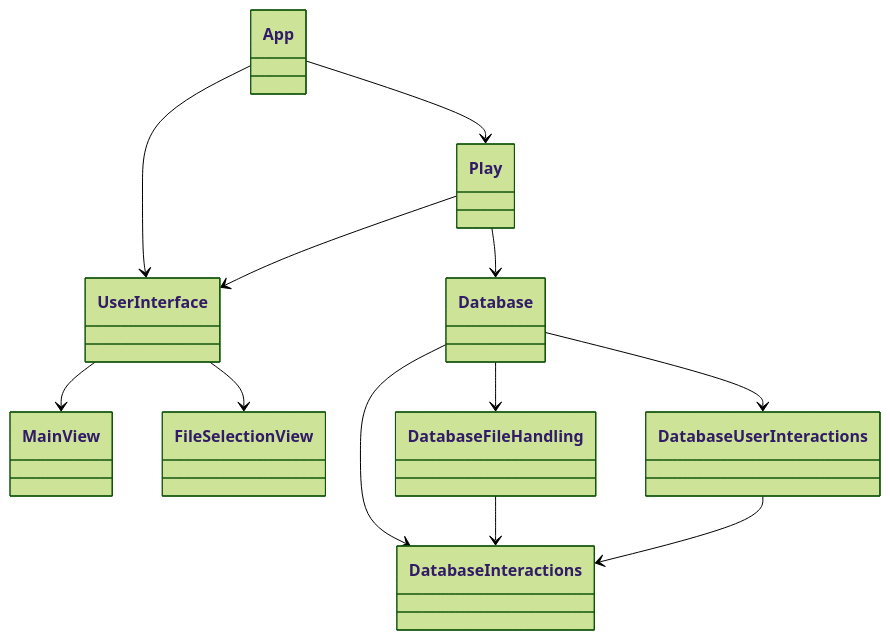
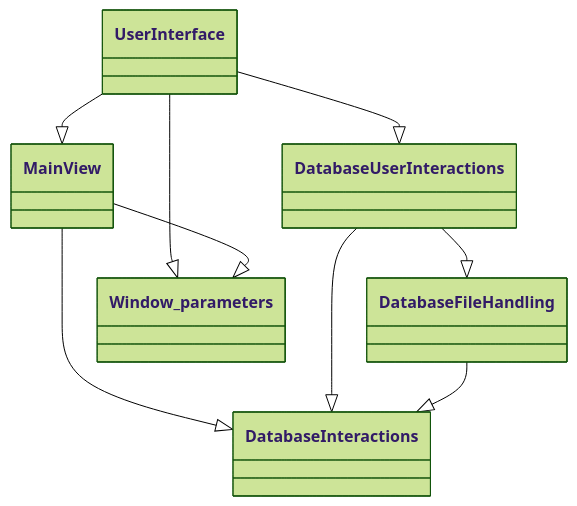
Before and after one commit to platipus82/ot-harjoitustyo: the diagram in dokumentaatio/luokkakaavio_nodetail.MD, drawn with Mermaid (forest theme).

````diff
--- a/dokumentaatio/luokkakaavio_nodetail.MD
+++ b/dokumentaatio/luokkakaavio_nodetail.MD
@@ -1,22 +1,18 @@
 ```mermaid
 classDiagram
-    class App
-    class Play
     class UserInterface
-    class Database
+    class MainView
+    class DatabaseUserInteractions
     class DatabaseInteractions
     class DatabaseFileHandling
-    class DatabaseUserInteractions
+    class Window_parameters
 
-    App --> UserInterface
-    App --> Play
-    Play --> UserInterface
-    Play --> Database
-    Database --> DatabaseInteractions
-    Database --> DatabaseFileHandling
-    Database --> DatabaseUserInteractions
-    DatabaseUserInteractions --> DatabaseInteractions
-    DatabaseFileHandling --> DatabaseInteractions
-    UserInterface --> MainView
-    UserInterface --> FileSelectionView
+    UserInterface --|> MainView
+    UserInterface --|> DatabaseUserInteractions
+    MainView --|> DatabaseInteractions
+    DatabaseUserInteractions --|> DatabaseInteractions
+    DatabaseFileHandling --|> DatabaseInteractions
+    DatabaseUserInteractions --|> DatabaseFileHandling
+    UserInterface --|> Window_parameters
+    MainView --|> Window_parameters
 ```
````
